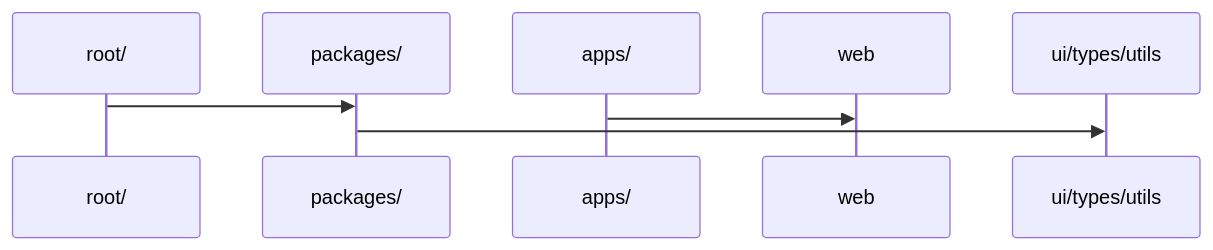
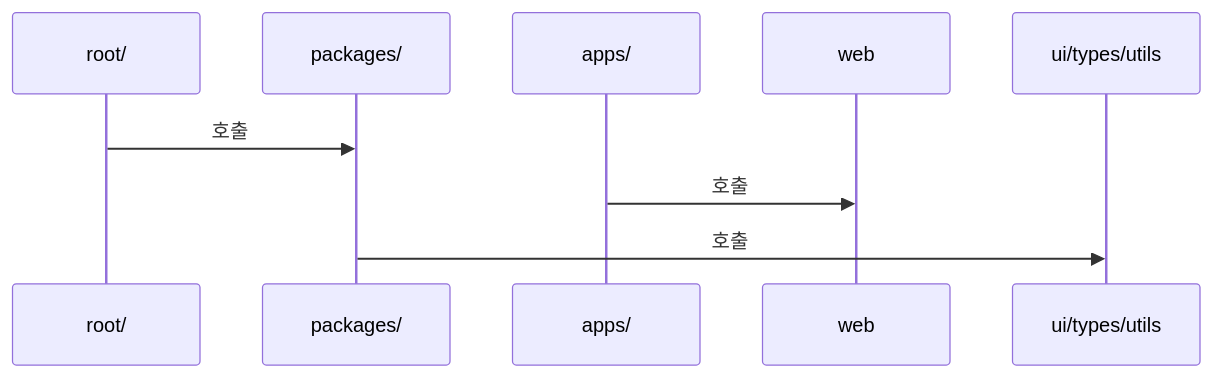
Before and after one commit to yjkim2015/yjkim2015.github.io: the fifth of 7 diagrams in _posts/frontend/2026-05-02-frontend-architecture.md, drawn with Mermaid. The commit also changed 85 other files, not shown here.

First line of the commit message:
sequenceDiagram 문법 에러 2차 수정 169개 (86파일)

````diff
--- a/_posts/frontend/2026-05-02-frontend-architecture.md
+++ b/_posts/frontend/2026-05-02-frontend-architecture.md
@@ -248,6 +248,6 @@
 ```mermaid
 sequenceDiagram
-    root/->>packages/:
-    apps/->>web:
-    packages/->>ui/types/utils:
+    root/->>packages/: 호출
+    apps/->>web: 호출
+    packages/->>ui/types/utils: 호출
 ```
````
